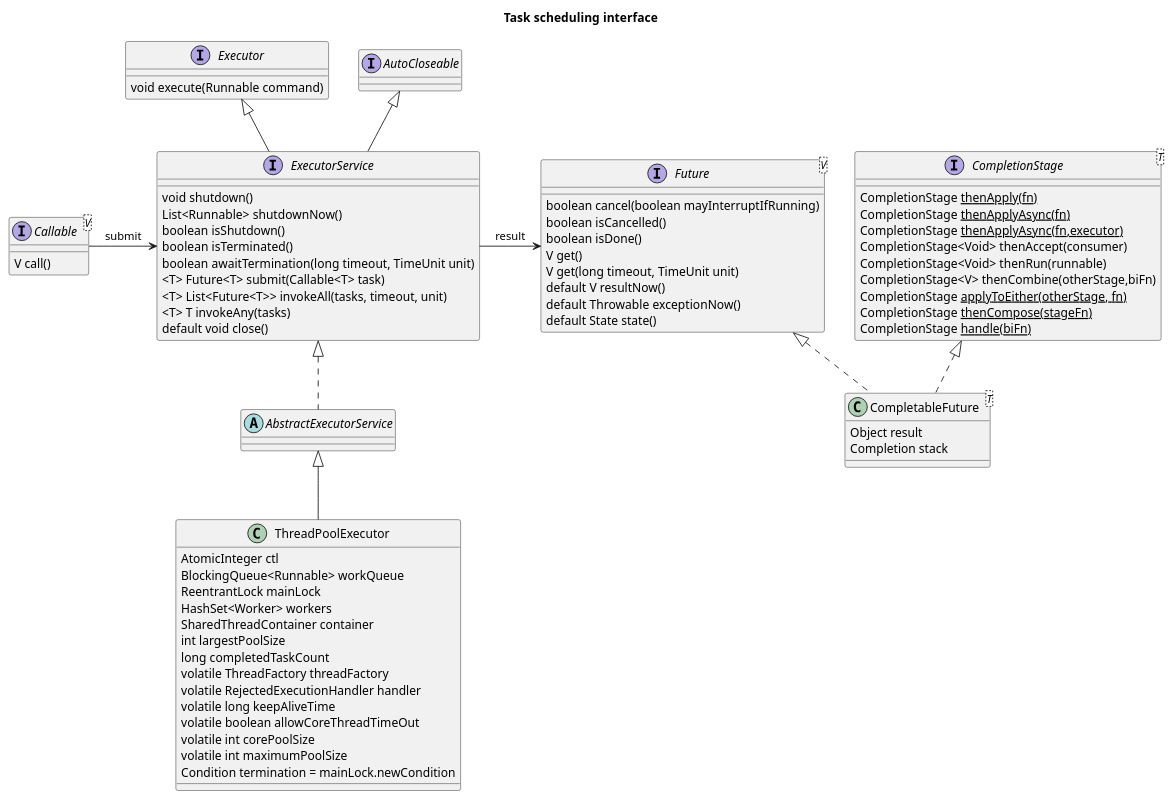
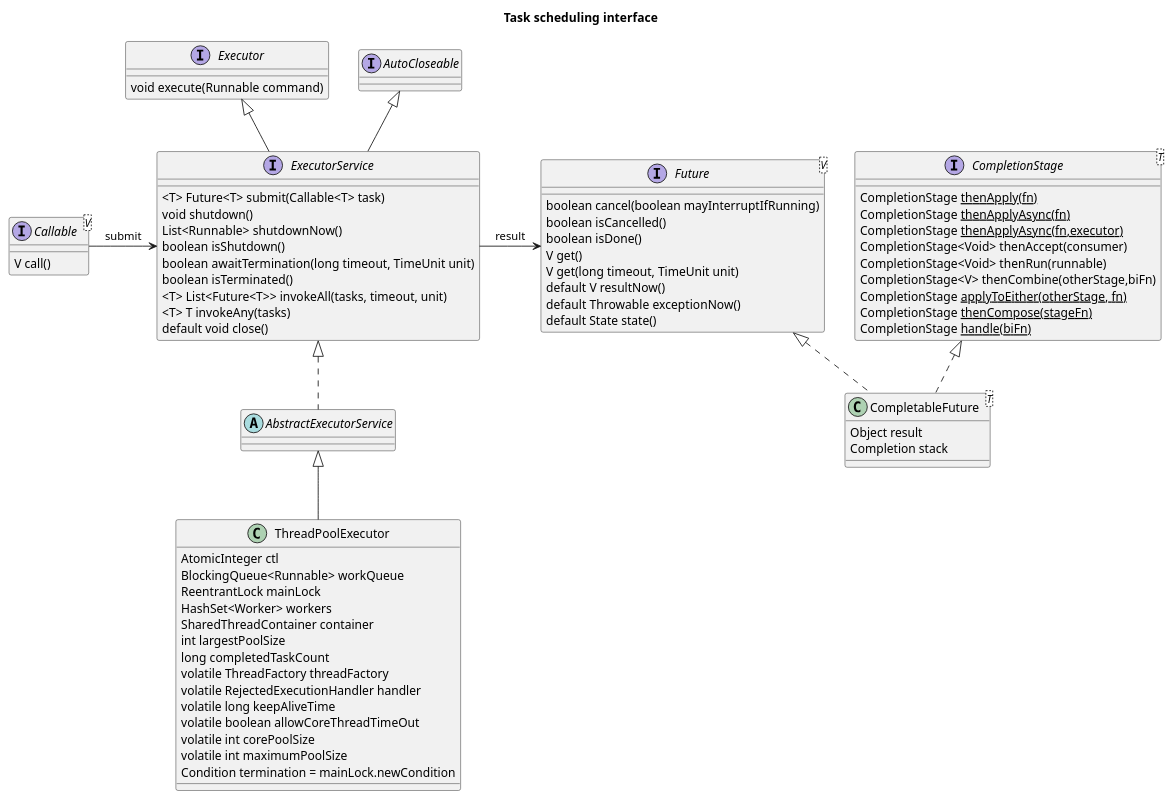
The first of 3 diagrams in content/post/java/concurrency/concurrency_utils.md (kevinwang930/kevinwang930.github.io), drawn with PlantUML before and after one commit. The commit also changed other lines of this file and 5 other files, not shown here.

````diff
--- a/content/post/java/concurrency/concurrency_utils.md
+++ b/content/post/java/concurrency/concurrency_utils.md
@@ -48,75 +48,75 @@
 ```plantuml
 title: Task scheduling interface
 interface Executor {
     void execute(Runnable command)
 }
 interface ExecutorService extends Executor, AutoCloseable {
+    <T> Future<T> submit(Callable<T> task)
     void shutdown()
     List<Runnable> shutdownNow()
     boolean isShutdown()
+    boolean awaitTermination(long timeout, TimeUnit unit)
     boolean isTerminated()
-    boolean awaitTermination(long timeout, TimeUnit unit)
-    <T> Future<T> submit(Callable<T> task)
     <T> List<Future<T>> invokeAll(tasks, timeout, unit)
     <T> T invokeAny(tasks)
     default void close()
 }
 abstract class AbstractExecutorService implements ExecutorService
 
 interface Future<V> {
     boolean cancel(boolean mayInterruptIfRunning)
     boolean isCancelled()
     boolean isDone()
     V get() 
     V get(long timeout, TimeUnit unit)
     default V resultNow() 
     default Throwable exceptionNow()
     default State state()
 }
 
 
 interface Callable<V> {
     V call()
 }
 
 
 
 class ThreadPoolExecutor extends AbstractExecutorService {
     AtomicInteger ctl
     BlockingQueue<Runnable> workQueue
     ReentrantLock mainLock
     HashSet<Worker> workers
     SharedThreadContainer container
     int largestPoolSize
     long completedTaskCount
     volatile ThreadFactory threadFactory
     volatile RejectedExecutionHandler handler
     volatile long keepAliveTime
     volatile boolean allowCoreThreadTimeOut
     volatile int corePoolSize
     volatile int maximumPoolSize
     Condition termination = mainLock.newCondition
 
 }
 
 interface CompletionStage<T>  {
      CompletionStage<U> thenApply(fn)
      CompletionStage<U> thenApplyAsync(fn)
      CompletionStage<U> thenApplyAsync(fn,executor)
      CompletionStage<Void> thenAccept(consumer)
      CompletionStage<Void> thenRun(runnable)
      CompletionStage<V> thenCombine(otherStage,biFn)
      CompletionStage<U> applyToEither(otherStage, fn)
      CompletionStage<U> thenCompose(stageFn)
      CompletionStage<U> handle(biFn)
 }
 
 class CompletableFuture<T> implements Future, CompletionStage {
     Object result
     Completion stack
 }
 
 Callable -right-> ExecutorService: submit
 ExecutorService -right-> Future: result
 
 ```
````
